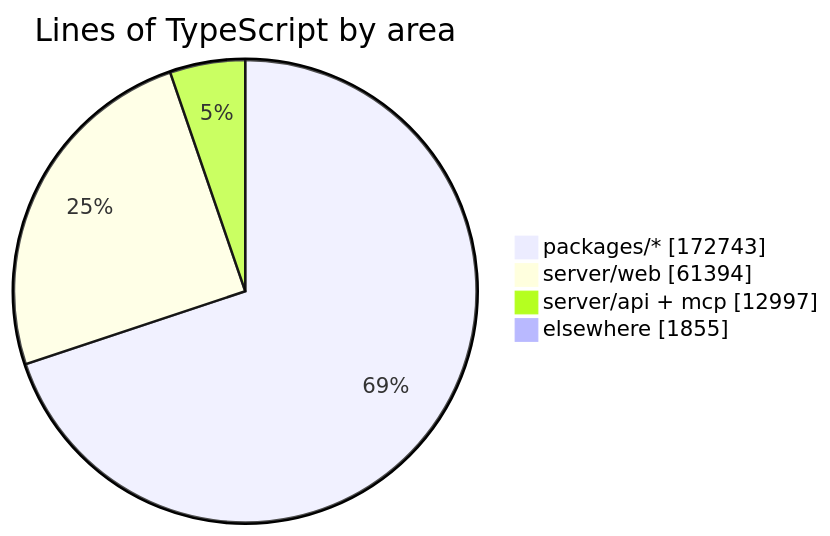
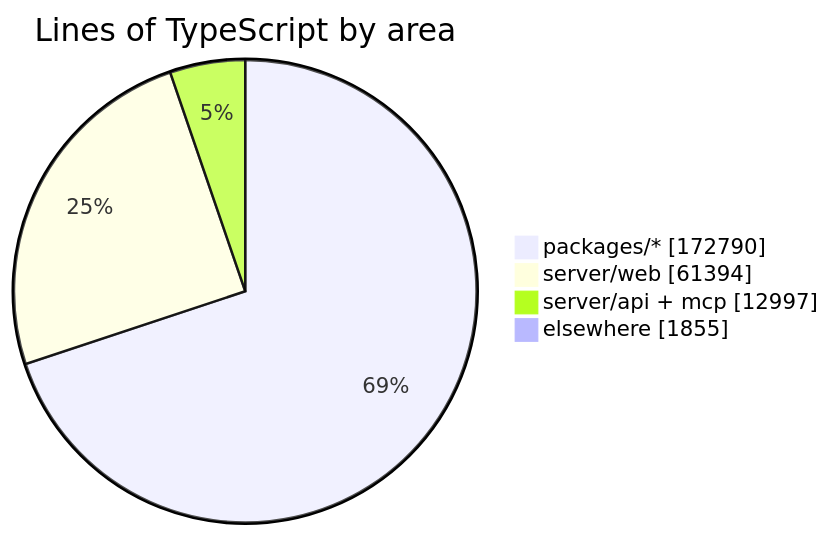
The diagram in README.md (crossworks-engineering/mantle), drawn with Mermaid before and after one commit. The commit also changed other lines of this file and 2 other files, not shown here.

````diff
--- a/README.md
+++ b/README.md
@@ -279,7 +279,7 @@
 ```mermaid
 pie showData title Lines of TypeScript by area
-    "packages/*" : 172743
+    "packages/*" : 172790
     "server/web" : 61394
     "server/api + mcp" : 12997
     "elsewhere" : 1855
 ```
````
